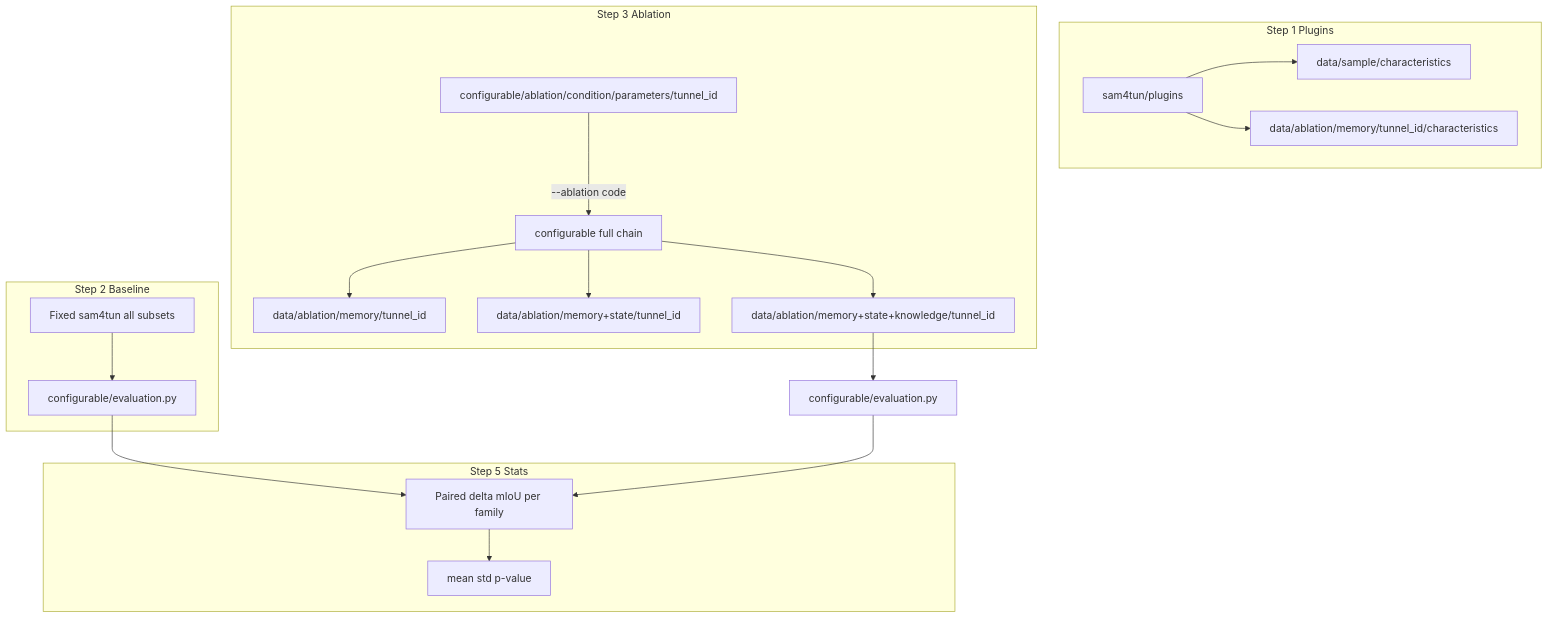
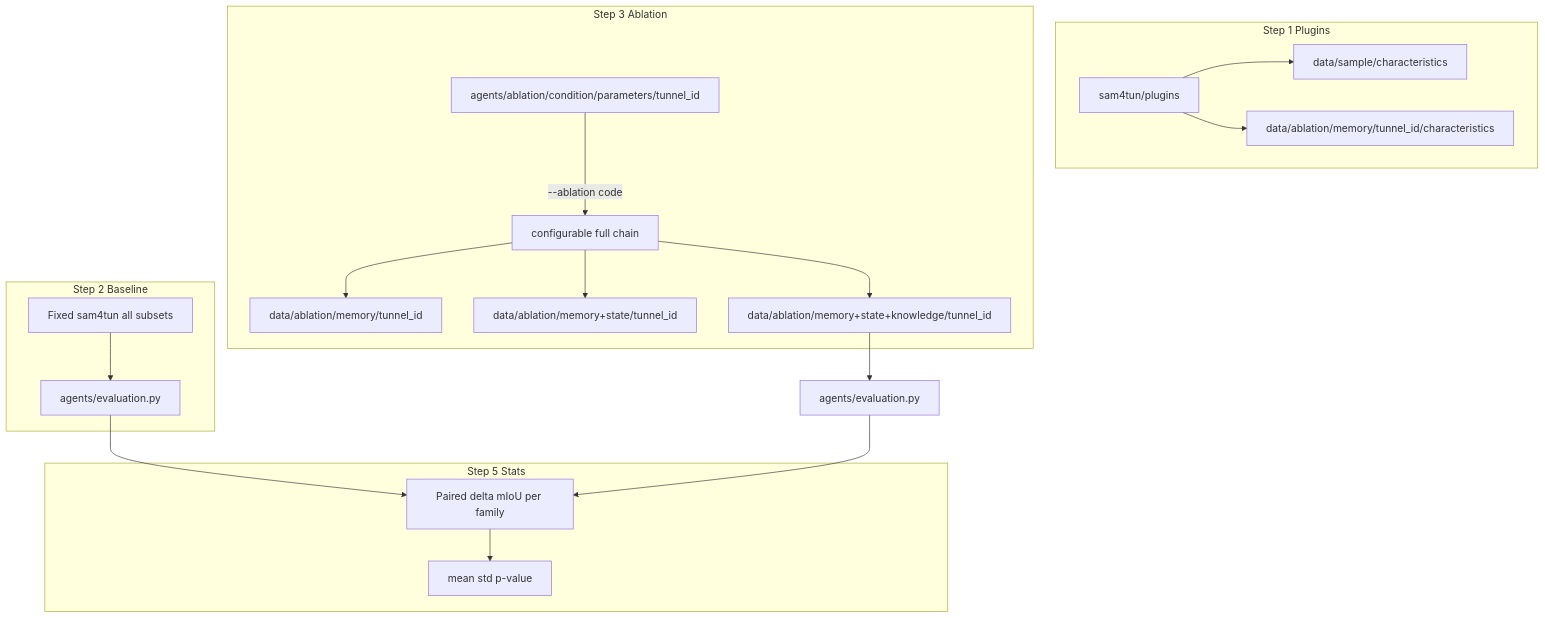
Before and after one commit to Tao-Robominds/R4Tun: the diagram in methods/plans/steps/00_methodology_chain.md, drawn with Mermaid. The commit also changed other lines of this file and 2018 other files, not shown here.

First line of the commit message:
modify: configurable folder now agents

````diff
--- a/methods/plans/steps/00_methodology_chain.md
+++ b/methods/plans/steps/00_methodology_chain.md
@@ -141,33 +141,33 @@
 ```mermaid
 flowchart TB
   subgraph plugins [Step 1 Plugins]
     P[sam4tun/plugins]
     S[data/sample/characteristics]
     U[data/ablation/memory/tunnel_id/characteristics]
     P --> S
     P --> U
   end
   subgraph base [Step 2 Baseline]
     B[Fixed sam4tun all subsets]
-    E1[configurable/evaluation.py]
+    E1[agents/evaluation.py]
     B --> E1
   end
   subgraph abl [Step 3 Ablation]
     C[configurable full chain]
-    PA[configurable/ablation/condition/parameters/tunnel_id]
+    PA[agents/ablation/condition/parameters/tunnel_id]
     D1[data/ablation/memory/tunnel_id]
     D2[data/ablation/memory+state/tunnel_id]
     D3[data/ablation/memory+state+knowledge/tunnel_id]
     PA -->|"--ablation code"| C
     C --> D1
     C --> D2
     C --> D3
   end
   subgraph stats [Step 5 Stats]
     T[Paired delta mIoU per family]
     T --> M[mean std p-value]
   end
   E1 --> T
-  D3 --> E2[configurable/evaluation.py]
+  D3 --> E2[agents/evaluation.py]
   E2 --> T
 ```
````
